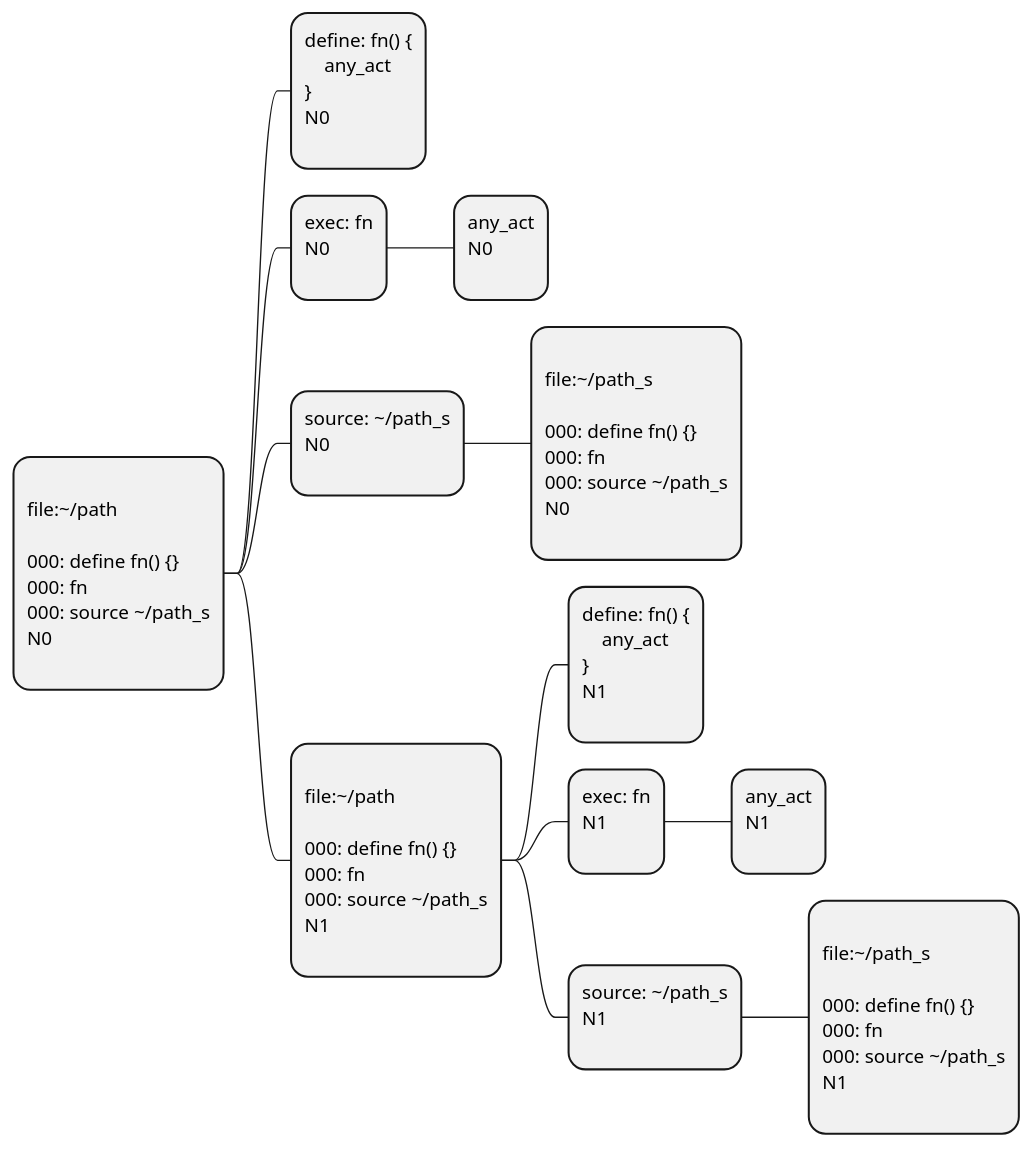
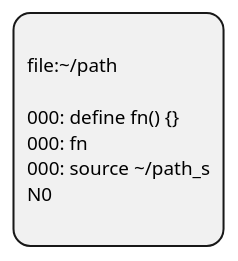
One commit to legioner9/stl changed the diagram in .d/.stl.d/stl.boot.d/stl.boot.flumen.d/stl.boot.flumen.tml.puml. Above: the diagram before and after it, drawn with PlantUML. The commit also changed 56 other files, not shown here.

```diff
--- a/.d/.stl.d/stl.boot.d/stl.boot.flumen.d/stl.boot.flumen.tml.puml
+++ b/.d/.stl.d/stl.boot.d/stl.boot.flumen.d/stl.boot.flumen.tml.puml
@@ -1,88 +1,14 @@
 @startmindmap
-'/home/st/.stl.d/stl.boot.d/stl.boot.flumen.d/stl.boot.flumen.puml.cntx.d/_001.stdgm.puml
+'/home/st/.stl.d/stl.boot.d/stl.boot.flumen.d/stl.boot.flumen.puml.cntx.d/__001.stdgm.puml
 
-
-' STANDART DGM -------- start --------
 *:
 file:\~/path
 
 000: define fn() {}
 000: fn 
 000: source \~/path_s
 N0
 ;
 
 
-**:define: fn() {
-    any_act
-}
-N0
-;
-
-**:exec: fn
-N0
-;
-
-***:any_act
-N0
-;
-
-**:source: \~/path_s
-N0
-;
-
-***:
-file:\~/path_s
-
-000: define fn() {}
-000: fn 
-000: source \~/path_s
-N0
-;
-
-' STANDART DGM -------- end --------
-
-'/home/st/.stl.d/stl.boot.d/stl.boot.flumen.d/stl.boot.flumen.puml.cntx.d/002.d/_stdgm.puml
-
-
-' STANDART DGM -------- start --------
-**:
-file:\~/path
-
-000: define fn() {}
-000: fn 
-000: source \~/path_s
-N1
-;
-
-
-***:define: fn() {
-    any_act
-}
-N1
-;
-
-***:exec: fn
-N1
-;
-
-****:any_act
-N1
-;
-
-***:source: \~/path_s
-N1
-;
-
-****:
-file:\~/path_s
-
-000: define fn() {}
-000: fn 
-000: source \~/path_s
-N1
-;
-
-' STANDART DGM -------- end --------
-
 @endmindmap
```
